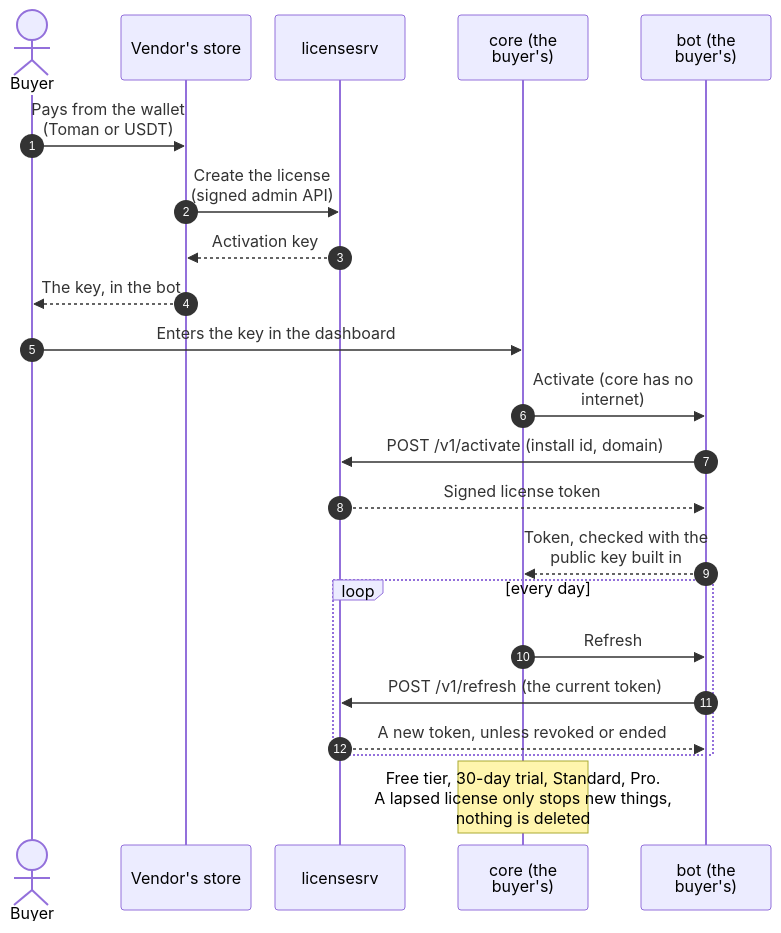
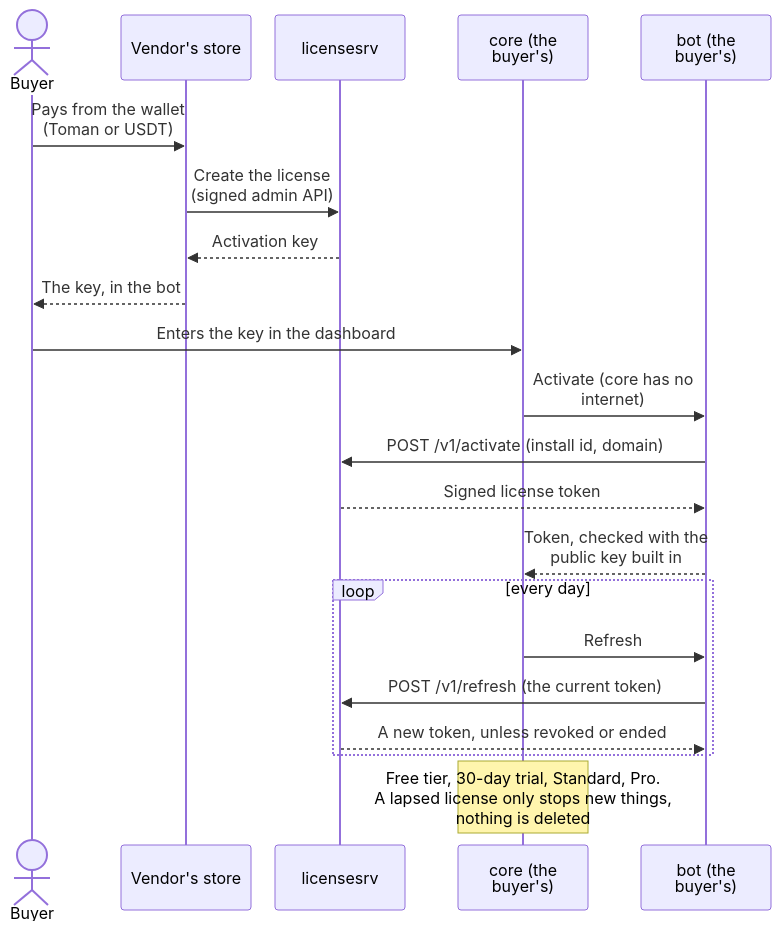
One commit to sobhanaz/bobres-3x-ui-telegram-panel changed the sixth of 6 diagrams in README.md. Above: the diagram before and after it, drawn with Mermaid. The commit also changed other lines of this file, not shown here.

First line of the commit message:
README: let GitHub draw the diagrams without ragged labels

````diff
--- a/README.md
+++ b/README.md
@@ -496,26 +497,25 @@
 ```mermaid
 %%{init: {"sequence": {"wrap": true, "width": 130, "actorMargin": 24, "messageMargin": 32, "boxMargin": 6, "noteMargin": 6}}}%%
 sequenceDiagram
-    autonumber
     actor B as Buyer
     participant V as Vendor's store
     participant L as licensesrv
     participant K as core (the buyer's)
     participant T as bot (the buyer's)
 
     B->>V: Pays from the wallet (Toman or USDT)
     V->>L: Create the license (signed admin API)
     L-->>V: Activation key
     V-->>B: The key, in the bot
     B->>K: Enters the key in the dashboard
     K->>T: Activate (core has no internet)
     T->>L: POST /v1/activate (install id, domain)
     L-->>T: Signed license token
     T-->>K: Token, checked with the public key built in
     loop every day
         K->>T: Refresh
         T->>L: POST /v1/refresh (the current token)
         L-->>T: A new token, unless revoked or ended
     end
     Note over K: Free tier, 30-day trial, Standard, Pro.<br/>A lapsed license only stops new things,<br/>nothing is deleted
 ```
````
